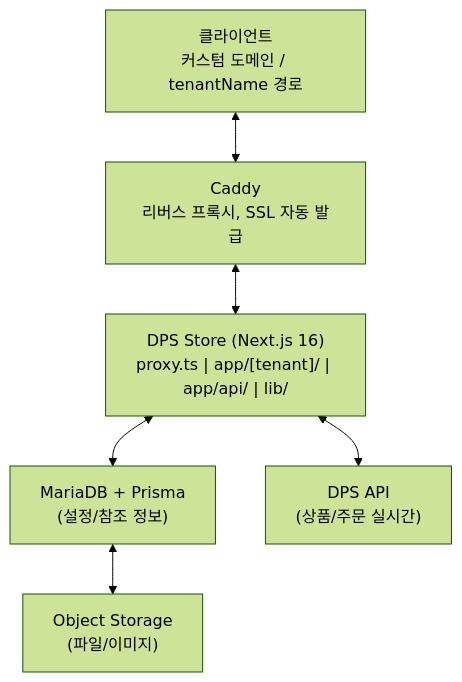
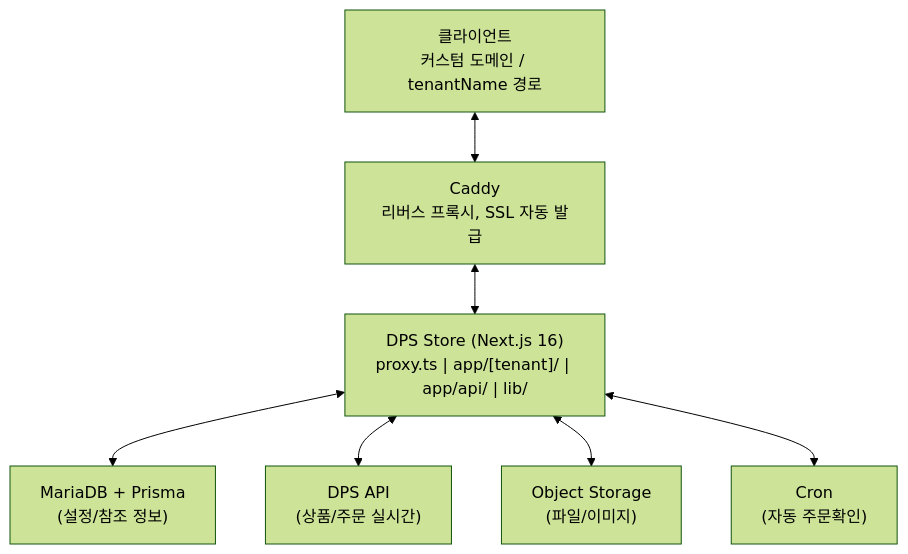
One commit to anveloper/anveloper.github.io changed the first of 2 diagrams in _projects/20260108-dps-store.mdx. Above: the diagram before and after it, drawn with Mermaid (forest theme). The commit also changed other lines of this file, not shown here.

First line of the commit message:
docs: DPS Store 프로젝트 내용 갱신 (projects)

````diff
--- a/_projects/20260108-dps-store.mdx
+++ b/_projects/20260108-dps-store.mdx
@@ -95,8 +131,9 @@
 ```mermaid
 flowchart TD
   Client["클라이언트\n커스텀 도메인 / tenantName 경로"] <--> Caddy["Caddy\n리버스 프록시, SSL 자동 발급"]
   Caddy <--> Store["DPS Store (Next.js 16)\nproxy.ts | app/[tenant]/ | app/api/ | lib/"]
   Store <--> DB["MariaDB + Prisma\n(설정/참조 정보)"]
   Store <--> API["DPS API\n(상품/주문 실시간)"]
-  DB <--> S3["Object Storage\n(파일/이미지)"]
+  Store <--> S3["Object Storage\n(파일/이미지)"]
+  Store <--> Cron["Cron\n(자동 주문확인)"]
 ```
````
